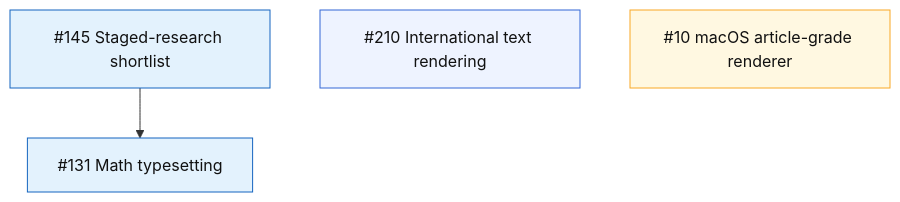
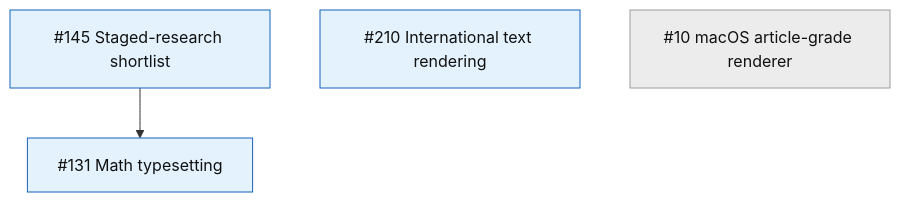
One commit to mihaelamj/MarkdownPDF changed the second of 5 diagrams in README.md. Above: the diagram before and after it, drawn with Mermaid. The commit also changed other lines of this file, not shown here.

First line of the commit message:
docs(readme): grey out not-started epics in the roadmap

````diff
--- a/README.md
+++ b/README.md
@@ -482,20 +482,19 @@
 ```mermaid
 flowchart TD
     E145["#145 Staged-research shortlist"]
     E131["#131 Math typesetting"]
     E210["#210 International text rendering"]
     E10["#10 macOS article-grade renderer"]
 
     E145 --> E131
     E210
     E10
 
     classDef done fill:#e8f5e9,stroke:#2e7d32,color:#111;
     classDef active fill:#e3f2fd,stroke:#1565c0,color:#111;
     classDef review fill:#f3e5f5,stroke:#7b1fa2,color:#111;
     classDef next fill:#fff8e1,stroke:#f9a825,color:#111;
-    classDef todo fill:#eef3ff,stroke:#3367d6,color:#111;
-    class E145,E131 active;
-    class E10 next;
-    class E210 todo;
+    classDef todo fill:#ececec,stroke:#9e9e9e,color:#111;
+    class E145,E131,E210 active;
+    class E10 todo;
 ```
````
